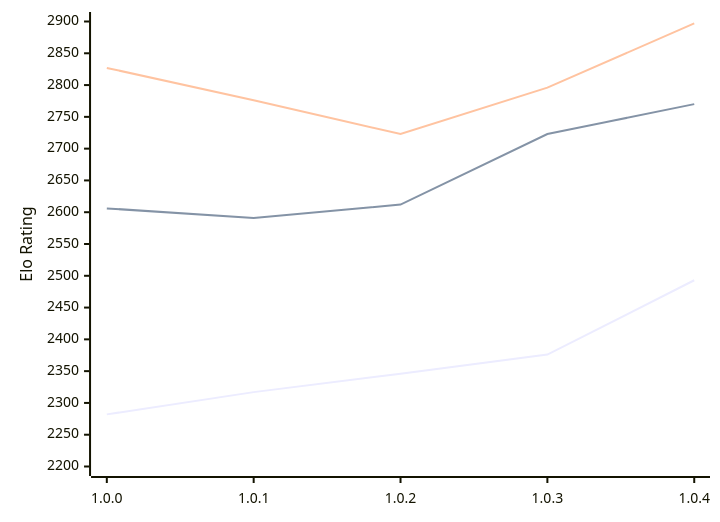
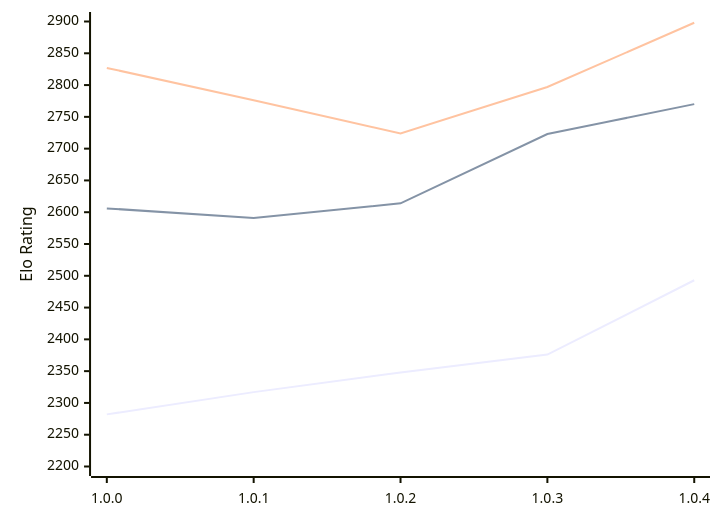
The diagram in engines/Grail.md (computer-chess-index/cci), drawn with Mermaid before and after one commit. The commit also changed other lines of this file, not shown here.

Commit message:
Update CCI Ratings (ELO VLTC) - 2026-02-13

````diff
--- a/engines/Grail.md
+++ b/engines/Grail.md
@@ -32,9 +32,9 @@
 ```mermaid
 %%{init: {"theme":"base","themeVariables":{"seriesColors:['#a3a3a3','#222221','#faa371']}}}%%
 xychart-beta
   x-axis ["1.0.0", "1.0.1", "1.0.2", "1.0.3", "1.0.4"]
   y-axis "Elo Rating" 2200 --> 2900
-  line "STC (8.0+0.08s)" [2282, 2317, 2346, 2376, 2493]
-  line "LTC (60.0+0.60s)" [2606, 2591, 2612, 2723, 2770]
-  line "VLTC (2m24s+1.12s)" [2827, 2776, 2723, 2796, 2897]
+  line "STC (8.0+0.08s)" [2282, 2317, 2348, 2376, 2493]
+  line "LTC (60.0+0.60s)" [2606, 2591, 2614, 2723, 2770]
+  line "VLTC (2m24s+1.12s)" [2827, 2776, 2724, 2797, 2898]
 ```
````
